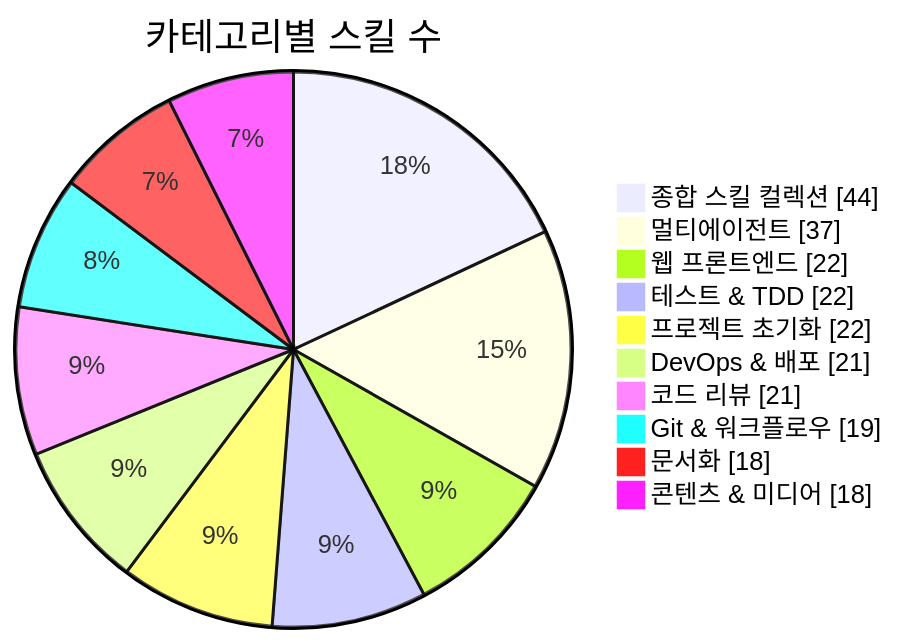
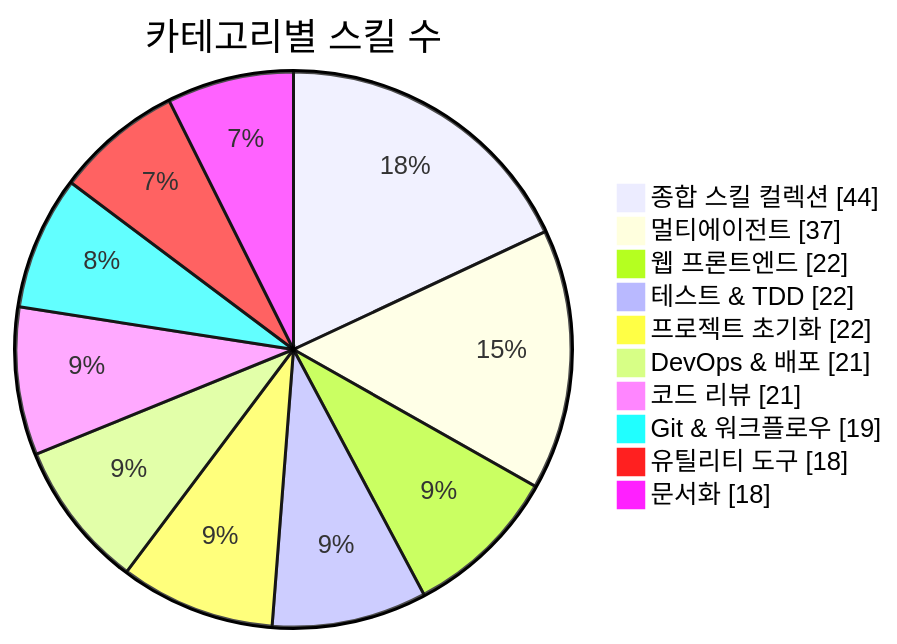
One commit to J-nowcow/awesome-korean-agent-skills changed the first of 3 diagrams in README.md. Above: the diagram before and after it, drawn with Mermaid. The commit also changed other lines of this file and 3 other files, not shown here.

````diff
--- a/README.md
+++ b/README.md
@@ -176,14 +176,14 @@
 ```mermaid
 pie showData
     title 카테고리별 스킬 수
     "종합 스킬 컬렉션" : 44
     "멀티에이전트" : 37
     "웹 프론트엔드" : 22
     "테스트 & TDD" : 22
     "프로젝트 초기화" : 22
     "DevOps & 배포" : 21
     "코드 리뷰" : 21
     "Git & 워크플로우" : 19
+    "유틸리티 도구" : 18
     "문서화" : 18
-    "콘텐츠 & 미디어" : 18
 ```
````
